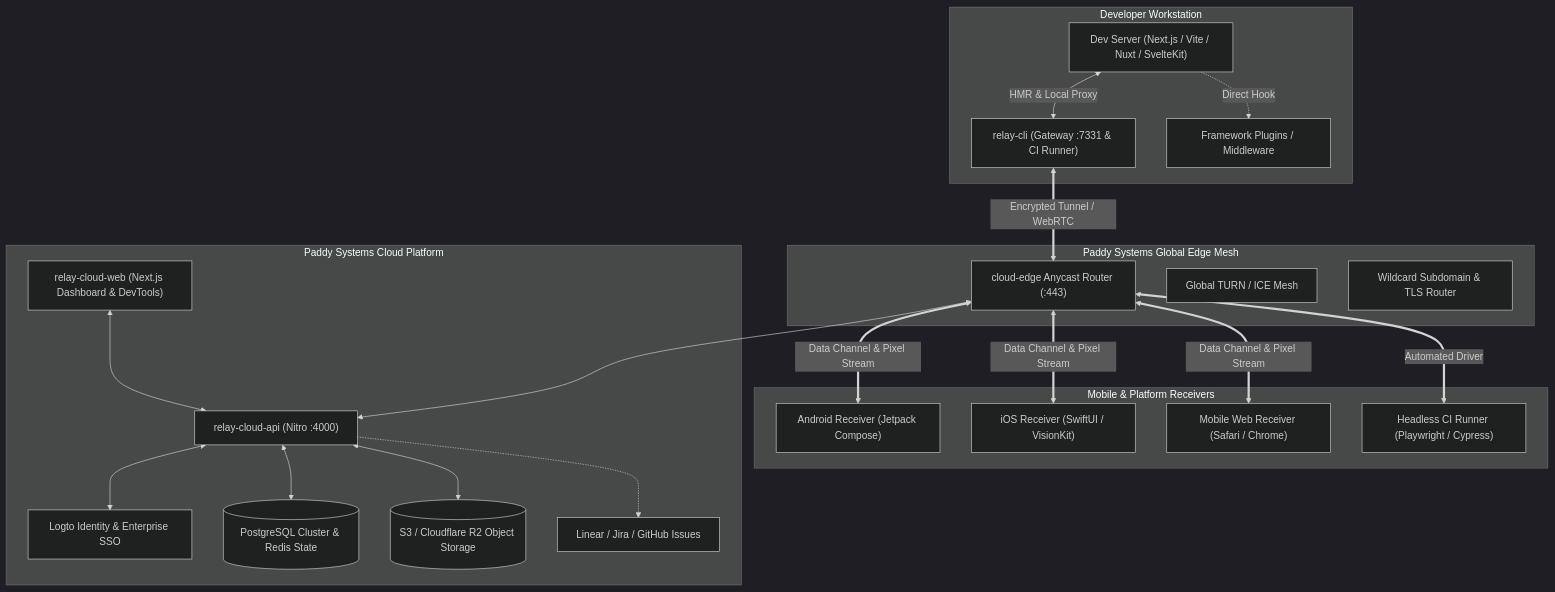
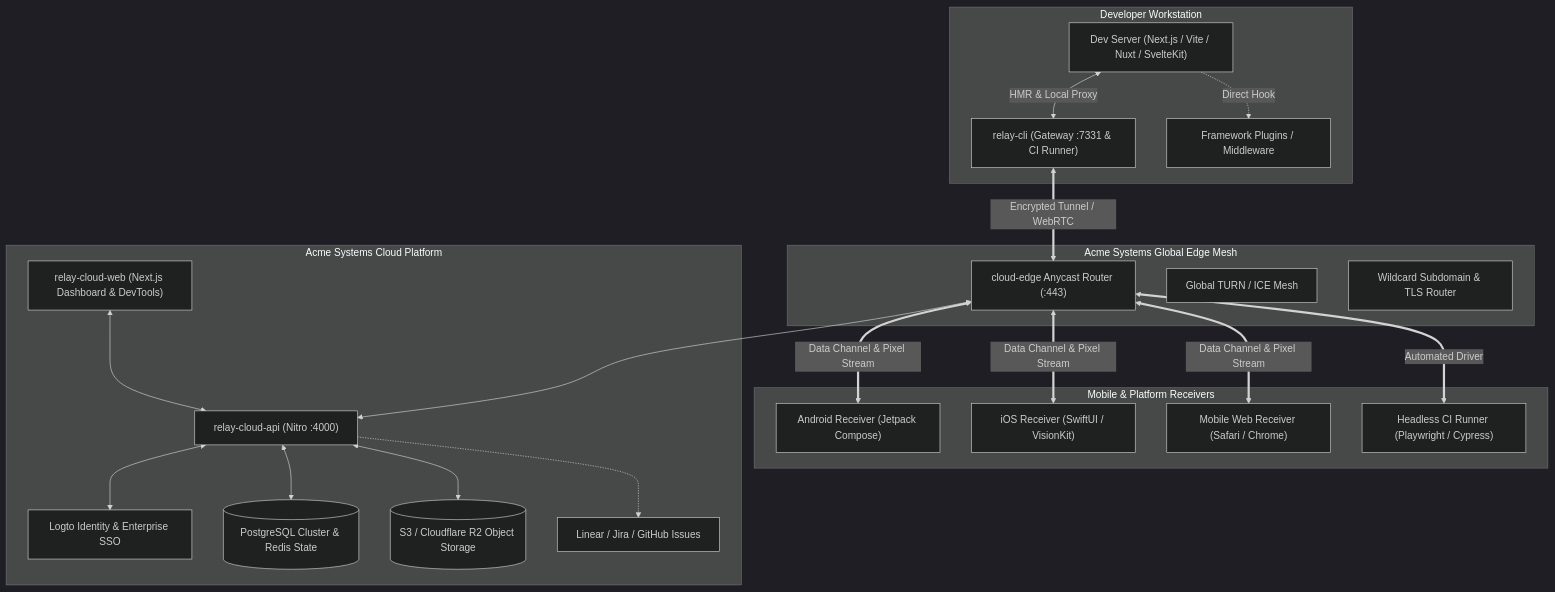
One commit to ptekspy/relay changed the diagram in apps/relay/PLAN_NEXT_100_TASKS.md. Above: the diagram before and after it, drawn with Mermaid (dark theme). The commit also changed other lines of this file and 425 other files, not shown here.

````diff
--- a/apps/relay/PLAN_NEXT_100_TASKS.md
+++ b/apps/relay/PLAN_NEXT_100_TASKS.md
@@ -11,45 +11,45 @@
 ```mermaid
 flowchart TD
     subgraph LocalMachine ["Developer Workstation"]
         DEV["Dev Server (Next.js / Vite / Nuxt / SvelteKit)"]
         CLI["relay-cli (Gateway :7331 & CI Runner)"]
         PLUGINS["Framework Plugins / Middleware"]
         DEV <-->|HMR & Local Proxy| CLI
         DEV -.->|Direct Hook| PLUGINS
     end
 
     subgraph NativeReceivers ["Mobile & Platform Receivers"]
         M_ANDROID["Android Receiver (Jetpack Compose)"]
         M_IOS["iOS Receiver (SwiftUI / VisionKit)"]
         M_BROWSER["Mobile Web Receiver (Safari / Chrome)"]
         HEADLESS["Headless CI Runner (Playwright / Cypress)"]
     end
 
-    subgraph EdgeMesh ["Paddy Systems Global Edge Mesh"]
+    subgraph EdgeMesh ["Acme Systems Global Edge Mesh"]
         EDGE_ROUTER["cloud-edge Anycast Router (:443)"]
         COTURN["Global TURN / ICE Mesh"]
         SNI_PROXY["Wildcard Subdomain & TLS Router"]
     end
 
-    subgraph CloudPlatform ["Paddy Systems Cloud Platform"]
+    subgraph CloudPlatform ["Acme Systems Cloud Platform"]
         CLOUD_API["relay-cloud-api (Nitro :4000)"]
         CLOUD_WEB["relay-cloud-web (Next.js Dashboard & DevTools)"]
         LOGTO["Logto Identity & Enterprise SSO"]
         DB[(PostgreSQL Cluster & Redis State)]
         R2[(S3 / Cloudflare R2 Object Storage)]
         INTEGRATIONS["Linear / Jira / GitHub Issues"]
     end
 
     CLI <==>|Encrypted Tunnel / WebRTC| EDGE_ROUTER
     EDGE_ROUTER <==>|Data Channel & Pixel Stream| M_ANDROID
     EDGE_ROUTER <==>|Data Channel & Pixel Stream| M_IOS
     EDGE_ROUTER <==>|Data Channel & Pixel Stream| M_BROWSER
     EDGE_ROUTER <==>|Automated Driver| HEADLESS
 
     EDGE_ROUTER <--> CLOUD_API
     CLOUD_API <--> DB
     CLOUD_API <--> R2
     CLOUD_API <--> LOGTO
     CLOUD_WEB <--> CLOUD_API
     CLOUD_API -.-> INTEGRATIONS
 ```
````
